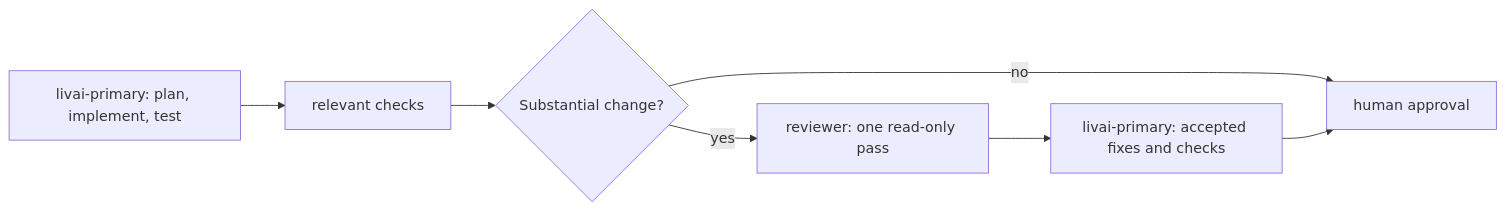
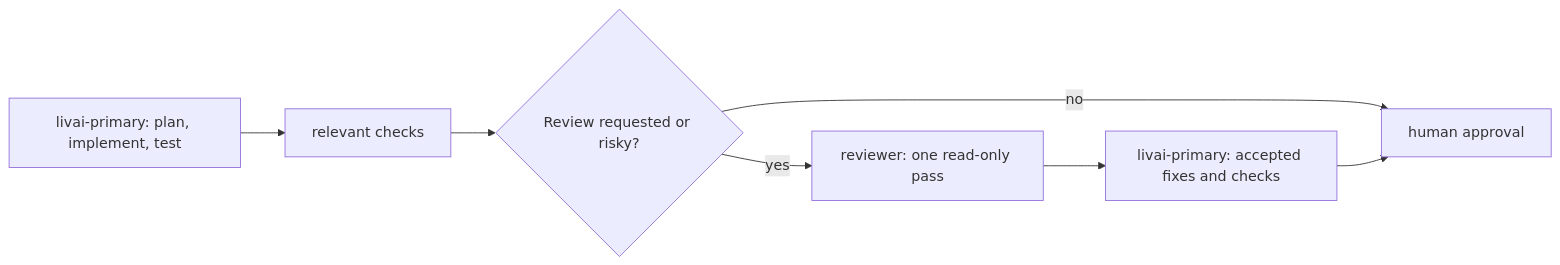
One commit to tomvothecoder/multi-agent-dev-workflow changed the diagram in README.md. Above: the diagram before and after it, drawn with Mermaid. The commit also changed other lines of this file and 2 other files, not shown here.

````diff
--- a/README.md
+++ b/README.md
@@ -63,9 +63,9 @@
 ```mermaid
 flowchart LR
     A[livai-primary: plan, implement, test] --> B[relevant checks]
-    B --> C{Substantial change?}
+    B --> C{Review requested or risky?}
     C -- no --> F[human approval]
     C -- yes --> D[reviewer: one read-only pass]
     D --> E[livai-primary: accepted fixes and checks]
     E --> F
 ```
````
